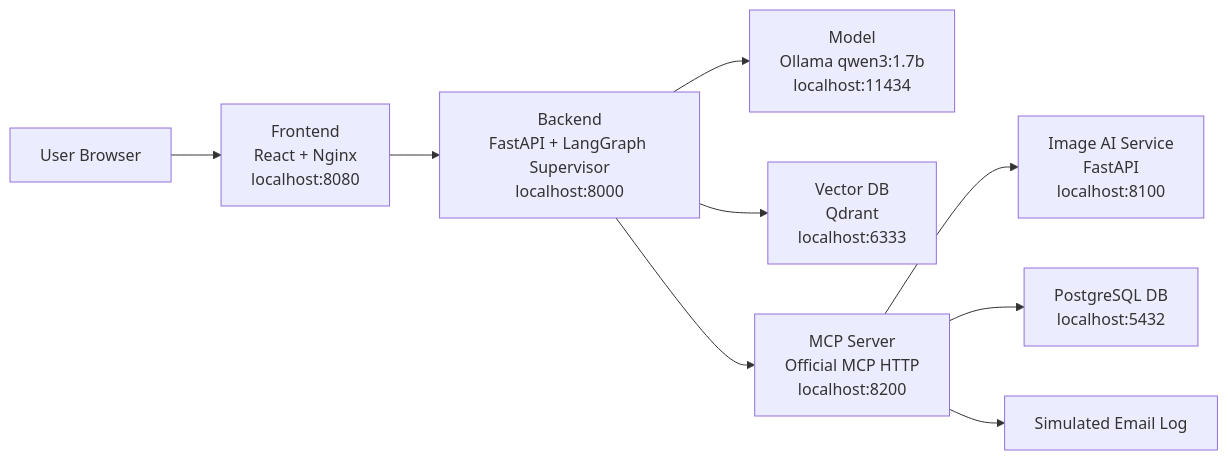
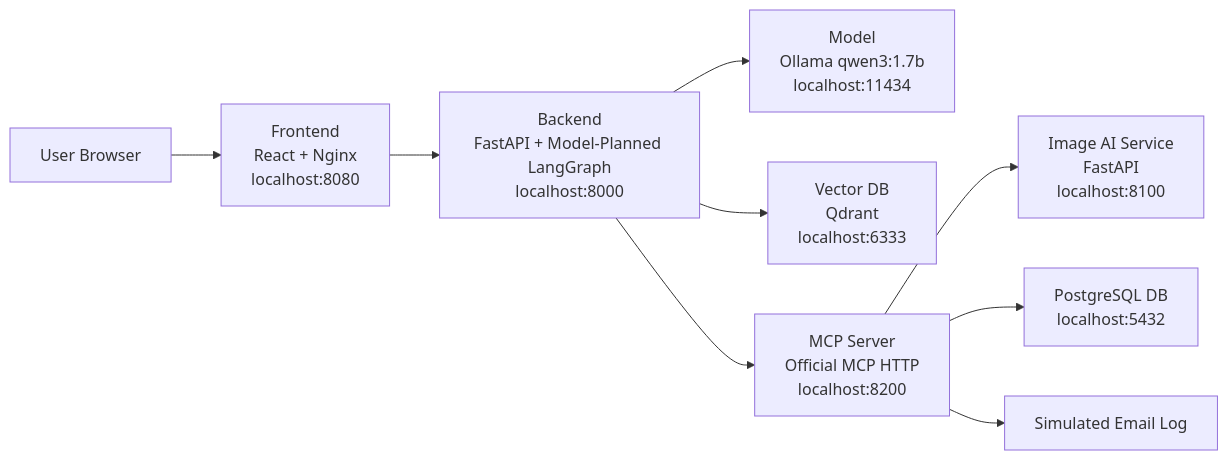
Before and after one commit to MostafaShehata/aster-pump: the diagram in DEPLOYMENT_STEPS.md, drawn with Mermaid. The commit also changed other lines of this file and 13 other files, not shown here.

````diff
--- a/DEPLOYMENT_STEPS.md
+++ b/DEPLOYMENT_STEPS.md
@@ -11,11 +11,11 @@
 ```mermaid
 flowchart LR
     User["User Browser"] --> Frontend["Frontend\nReact + Nginx\nlocalhost:8080"]
-    Frontend --> Backend["Backend\nFastAPI + LangGraph Supervisor\nlocalhost:8000"]
+    Frontend --> Backend["Backend\nFastAPI + Model-Planned LangGraph\nlocalhost:8000"]
     Backend --> Model["Model\nOllama qwen3:1.7b\nlocalhost:11434"]
     Backend --> VectorDB["Vector DB\nQdrant\nlocalhost:6333"]
     Backend --> MCP["MCP Server\nOfficial MCP HTTP\nlocalhost:8200"]
     MCP --> ImageAI["Image AI Service\nFastAPI\nlocalhost:8100"]
     MCP --> DB["PostgreSQL DB\nlocalhost:5432"]
     MCP --> Mail["Simulated Email Log"]
 ```
````
